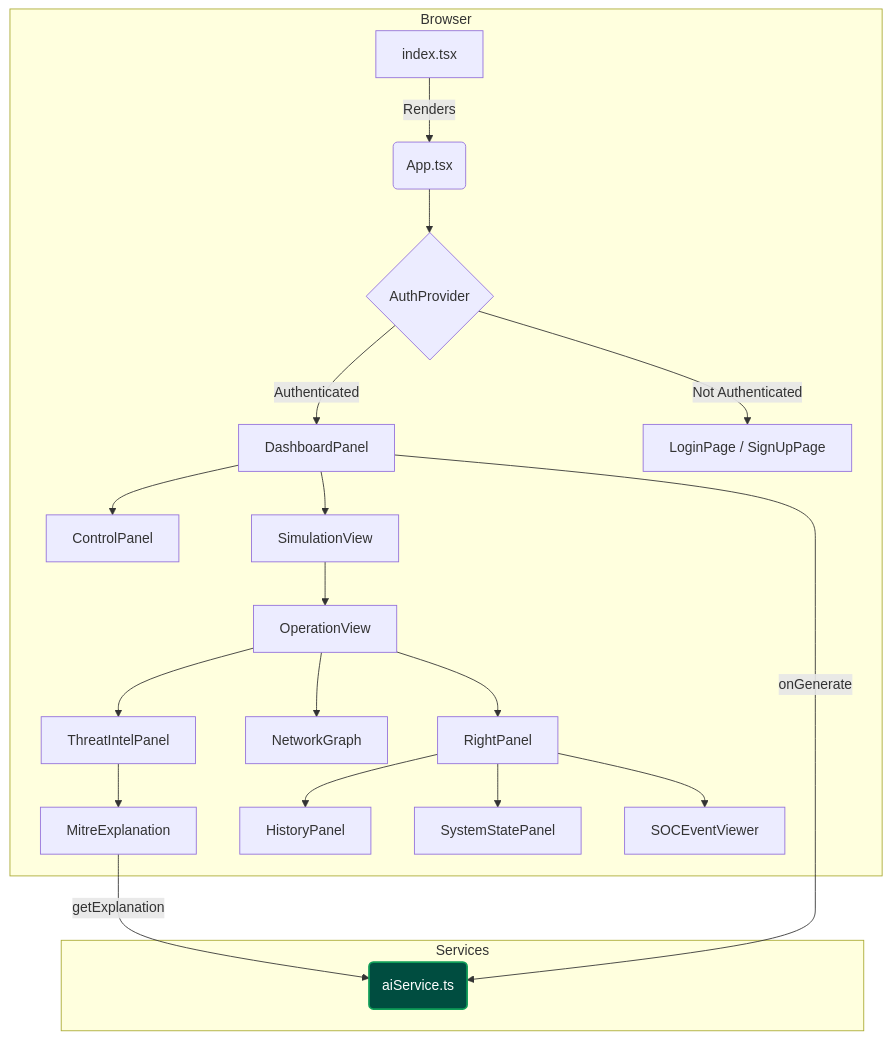
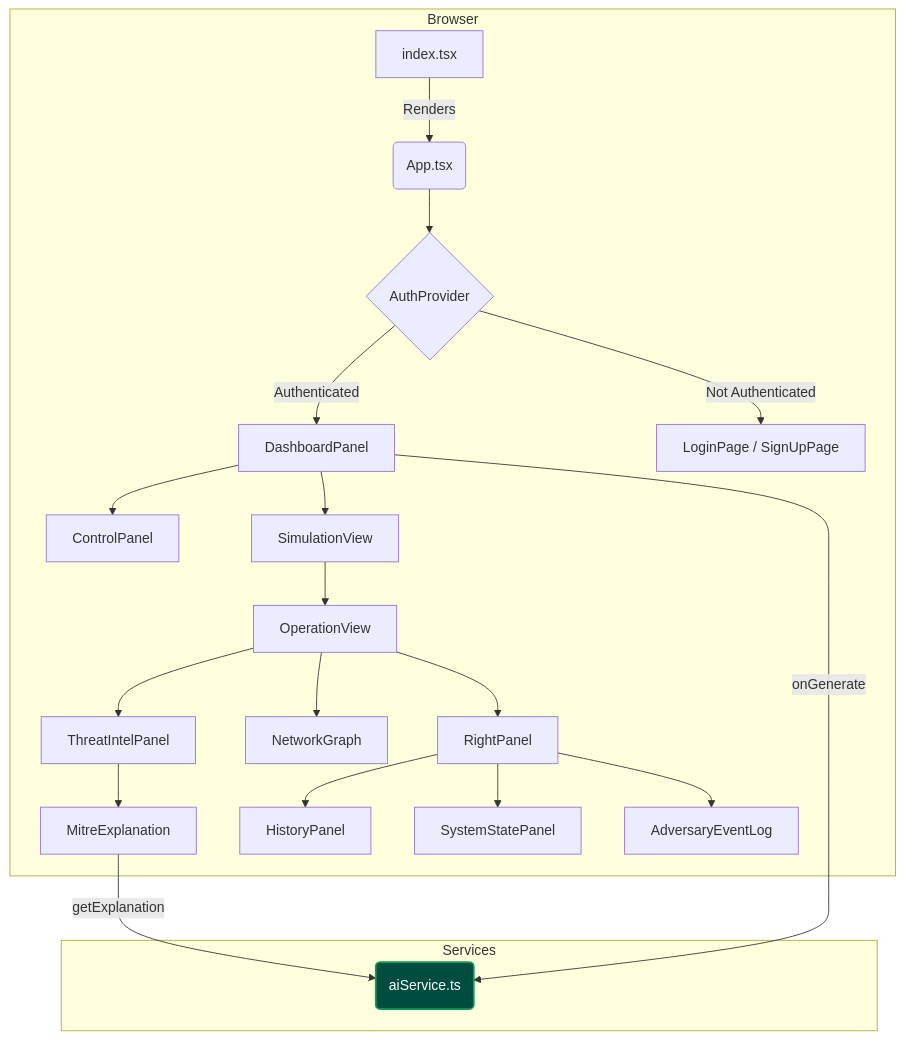
Before and after one commit to ritvikindupuri/AD-AttackSim: the diagram in TECHNICAL_DOCUMENTATION.md, drawn with Mermaid. The commit also changed other lines of this file and 6 other files, not shown here.

````diff
--- a/TECHNICAL_DOCUMENTATION.md
+++ b/TECHNICAL_DOCUMENTATION.md
@@ -17,33 +17,33 @@
 ```mermaid
 graph TD
     subgraph Browser
         A[index.tsx] -->|Renders| B(App.tsx);
         B --> C{AuthProvider};
         C -->|Authenticated| D[DashboardPanel];
         C -->|Not Authenticated| E[LoginPage / SignUpPage];
 
         D --> F[ControlPanel];
         D --> G[SimulationView];
         
         G --> H[OperationView];
 
         H --> I[ThreatIntelPanel];
         H --> J[NetworkGraph];
         H --> K[RightPanel];
 
         K --> L[HistoryPanel];
         K --> M[SystemStatePanel];
-        K --> N[SOCEventViewer];
+        K --> N[AdversaryEventLog];
         
         I --> O[MitreExplanation];
     end
 
     subgraph Services
         S(aiService.ts);
     end
 
     D -->|onGenerate| S;
     O -->|getExplanation| S;
 
     style S fill:#004d40,stroke:#0f9d58,stroke-width:2px,color:#fff
 ```
````
